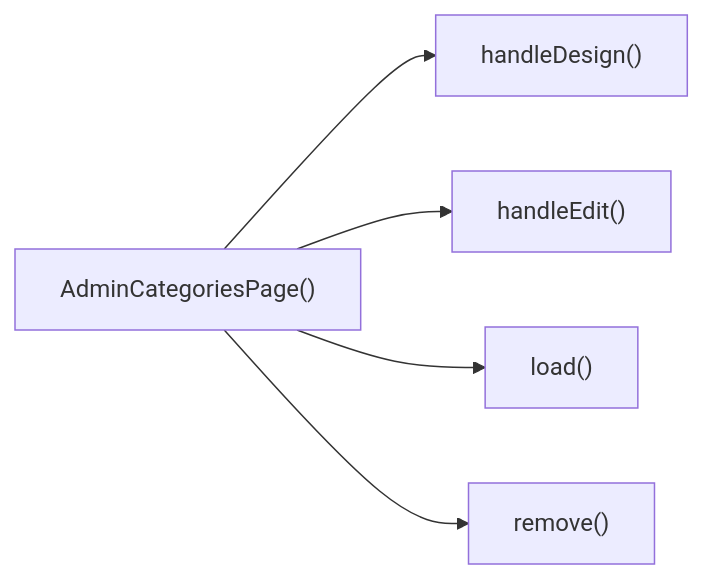
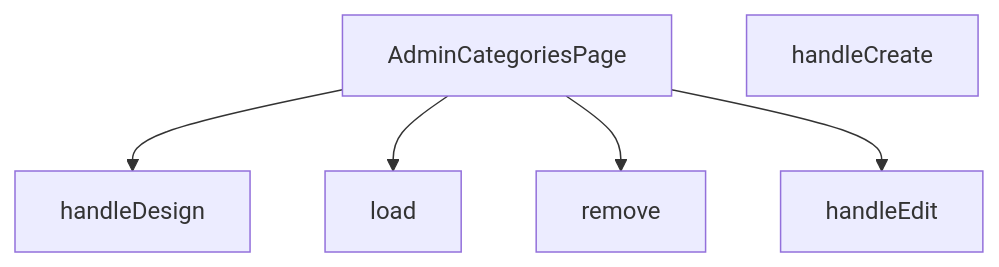
The diagram in src/views/admin/AdminCategoriesPage.md (peckop/venthub-hvac-esite), drawn with Mermaid before and after one commit. The commit also changed other lines of this file and 488 other files, not shown here.

````diff
--- a/src/views/admin/AdminCategoriesPage.md
+++ b/src/views/admin/AdminCategoriesPage.md
@@ -249,7 +247,13 @@
 ```mermaid
-graph LR
-    AdminCategoriesPage["AdminCategoriesPage()"] --> handleDesign["handleDesign()"]
-    AdminCategoriesPage["AdminCategoriesPage()"] --> handleEdit["handleEdit()"]
-    AdminCategoriesPage["AdminCategoriesPage()"] --> load["load()"]
-    AdminCategoriesPage["AdminCategoriesPage()"] --> remove["remove()"]
+graph TD
+    AdminCategoriesPage_tsx__AdminCategoriesPage["AdminCategoriesPage"]
+    AdminCategoriesPage_tsx__handleCreate["handleCreate"]
+    AdminCategoriesPage_tsx__handleDesign["handleDesign"]
+    AdminCategoriesPage_tsx__handleEdit["handleEdit"]
+    AdminCategoriesPage_tsx__load["load"]
+    AdminCategoriesPage_tsx__remove["remove"]
+    AdminCategoriesPage_tsx__AdminCategoriesPage --> AdminCategoriesPage_tsx__handleDesign
+    AdminCategoriesPage_tsx__AdminCategoriesPage --> AdminCategoriesPage_tsx__load
+    AdminCategoriesPage_tsx__AdminCategoriesPage --> AdminCategoriesPage_tsx__remove
+    AdminCategoriesPage_tsx__AdminCategoriesPage --> AdminCategoriesPage_tsx__handleEdit
 ```
````
